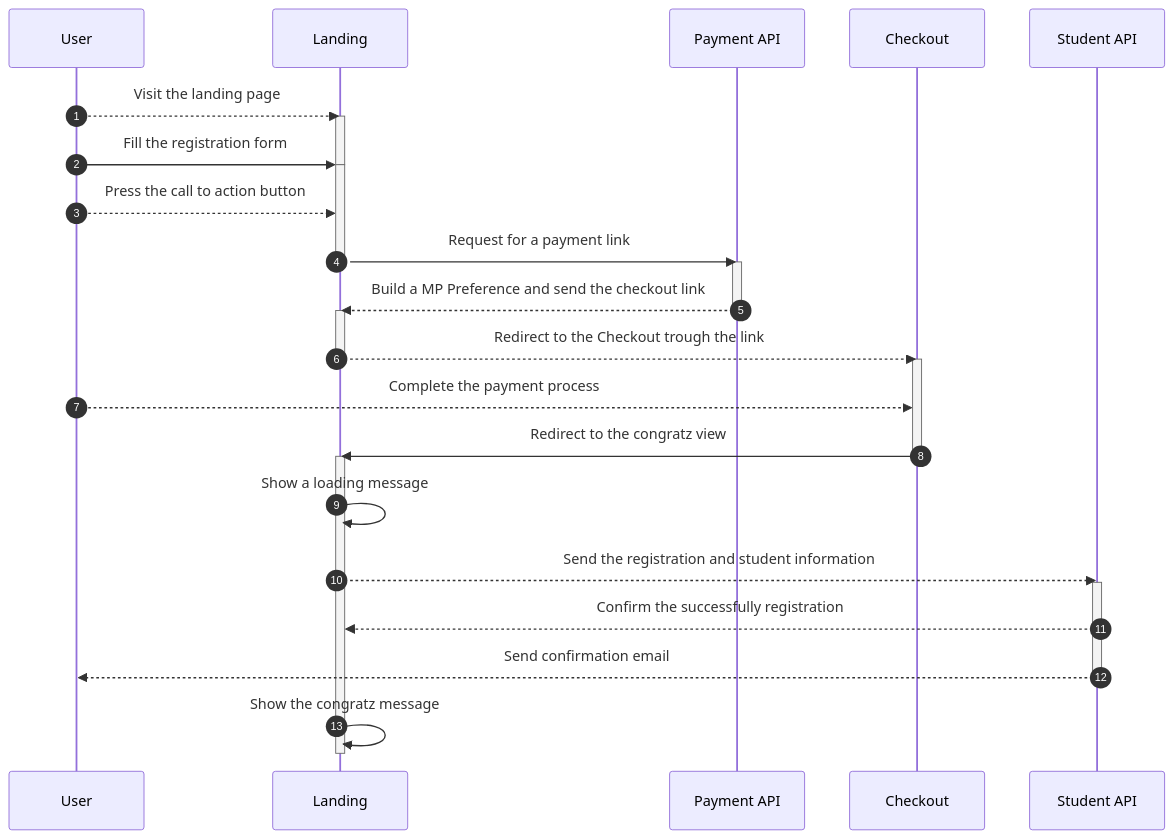
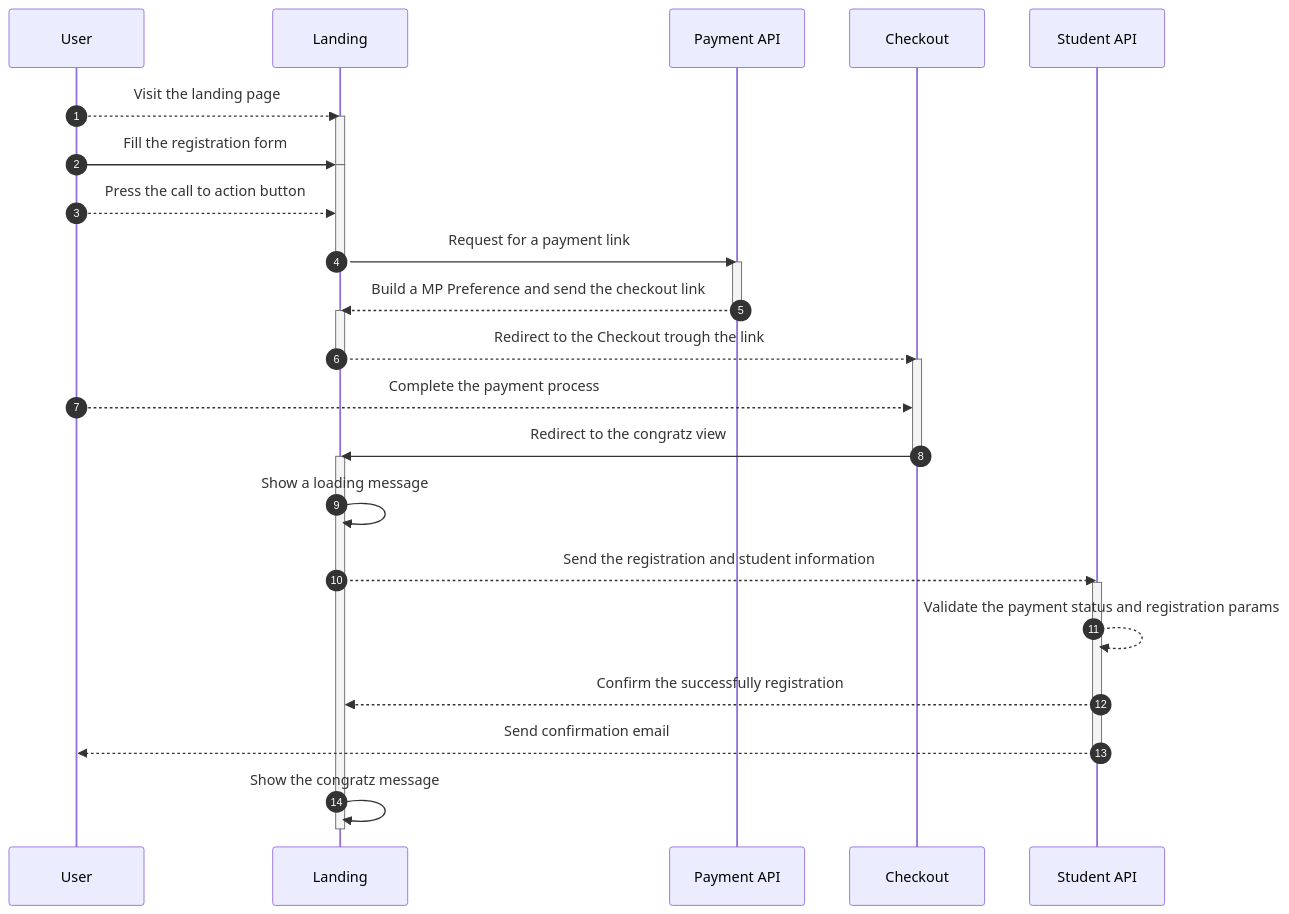
One commit to Groway-Studio/technical-interview-course-landing changed the diagram in readme.md. Above: the diagram before and after it, drawn with Mermaid.

````diff
--- a/readme.md
+++ b/readme.md
@@ -1,36 +1,37 @@
 ```mermaid
 sequenceDiagram
 autonumber
 participant User
 participant Landing
 participant Payment API
 participant Checkout
 participant Student API
 User -->> Landing : Visit the landing page
 activate Landing
 User ->> Landing : Fill the registration form
 deactivate Landing
 activate Landing
 User -->> Landing : Press the call to action button
 Landing ->> Payment API : Request for a payment link
 deactivate Landing
 activate Payment API
 Payment API -->> Landing : Build a MP Preference and send the checkout link
 deactivate Payment API
 activate Landing
 Landing -->> Checkout : Redirect to the Checkout trough the link
 deactivate Landing
 activate Checkout
 User -->> Checkout : Complete the payment process
 Checkout ->> Landing : Redirect to the congratz view
 deactivate Checkout
 activate Landing
 Landing ->> Landing : Show a loading message
 Landing -->> Student API : Send the registration and student information 
 activate Student API
+Student API -->> Student API : Validate the payment status and registration params
 Student API -->> Landing : Confirm the successfully registration
 Student API -->> User : Send confirmation email
 deactivate Student API
 Landing ->> Landing : Show the congratz message
 deactivate Landing
 ```
````
